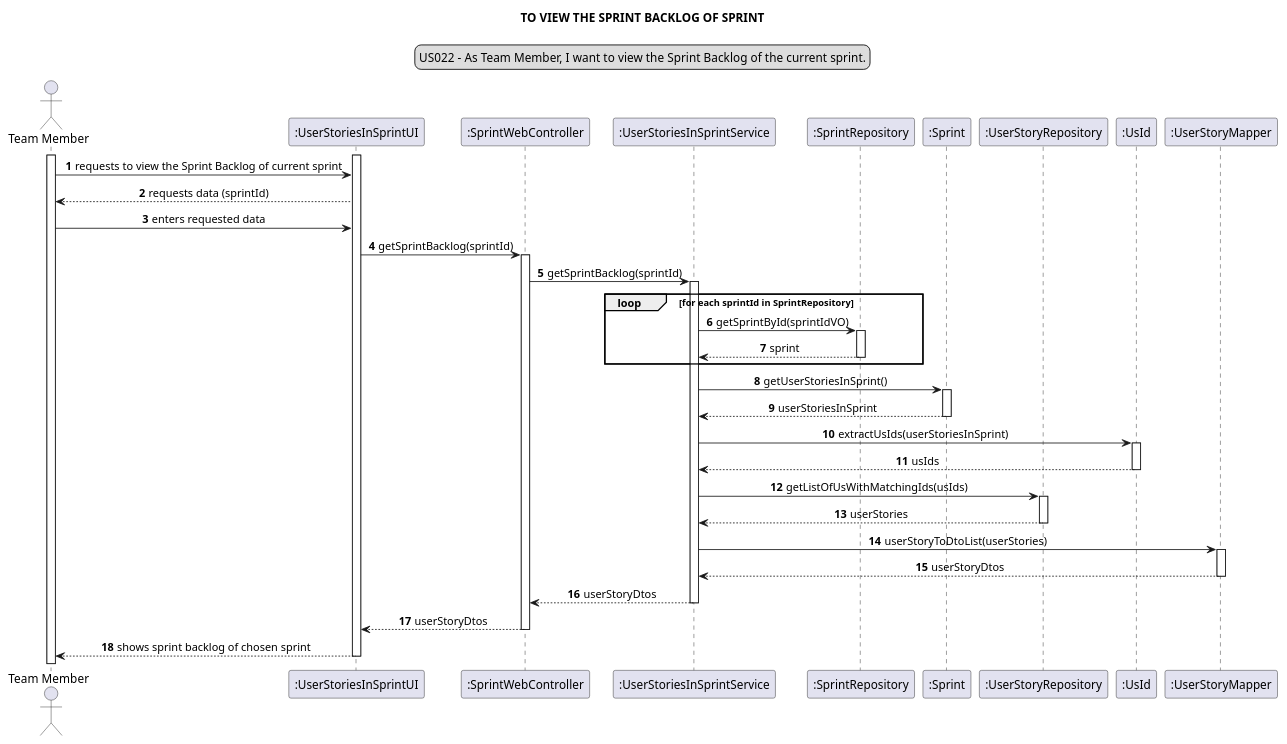
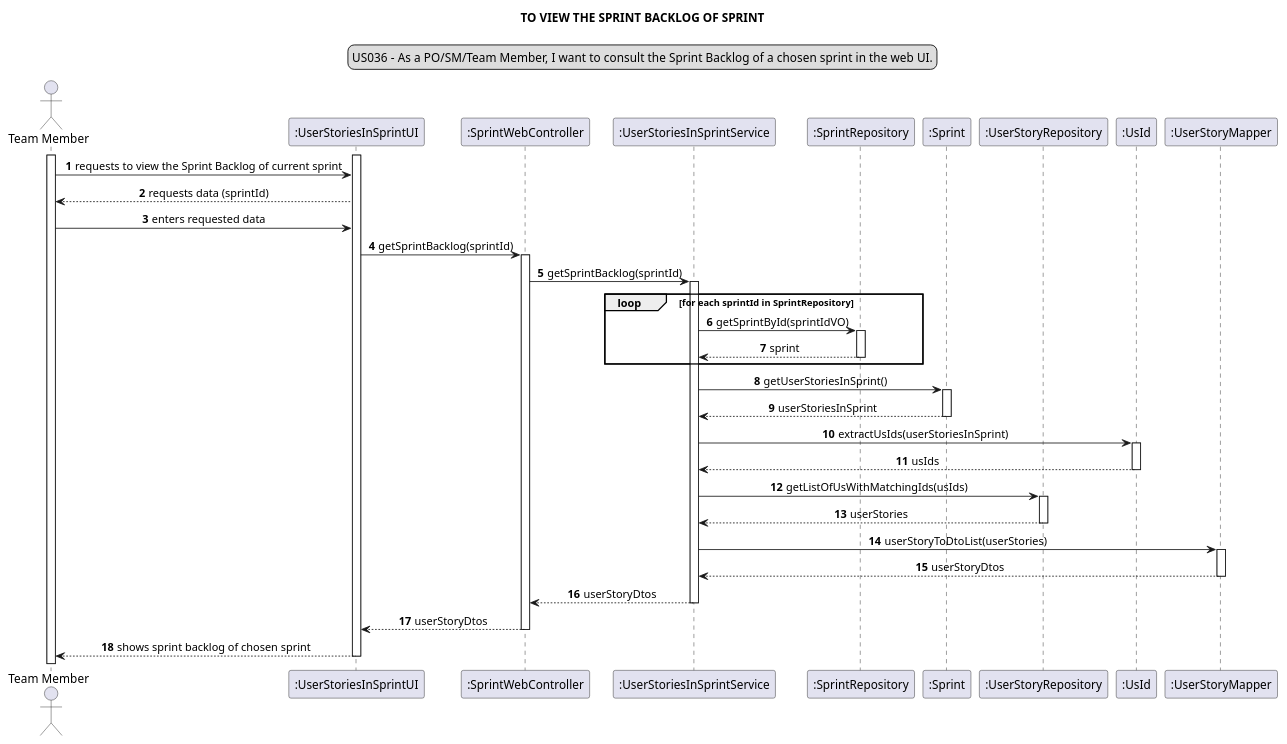
One commit to Loracline/project_switch_22-23 changed the diagram in docs/modelling_design/user_stories/sprint07/US036/US036_sequenceDiagram_ddd.puml. Above: the diagram before and after it, drawn with PlantUML. The commit also changed 1 other file, not shown here.

Commit message:
US 36 : Creation of US036_classDiagram_JPA.puml and update of US036_sequenceDiagram_ddd.puml and US036_classDiagram_ddd.puml closes #711

```diff
--- a/docs/modelling_design/user_stories/sprint07/US036/US036_sequenceDiagram_ddd.puml
+++ b/docs/modelling_design/user_stories/sprint07/US036/US036_sequenceDiagram_ddd.puml
@@ -1,61 +1,61 @@
 @startuml
 skinparam sequenceMessageAlign center
 title TO VIEW THE SPRINT BACKLOG OF SPRINT
 legend top
-US022 - As Team Member, I want to view the Sprint Backlog of the current sprint.
+US036 -  As a PO/SM/Team Member, I want to consult the Sprint Backlog of a chosen sprint in the web UI.
 end legend
 autonumber
 actor "Team Member" as member
 participant ":UserStoriesInSprintUI" as ui
 participant ":SprintWebController" as controller
 participant ":UserStoriesInSprintService" as service
 participant ":SprintRepository" as repository
 participant ":Sprint" as sprint
 
 participant ":UserStoryRepository" as usRepository
 participant ":UsId" as usId
 participant ":UserStoryMapper" as mapper
 
 activate member
 activate ui
 member -> ui : requests to view the Sprint Backlog of current sprint
 
 ui --> member : requests data (sprintId)
 member -> ui : enters requested data
 
 "ui" -> controller : getSprintBacklog(sprintId)
 activate controller
 "controller" -> service : getSprintBacklog(sprintId)
 activate service
 
 loop for each sprintId in SprintRepository
 service -> repository: getSprintById(sprintIdVO)
 activate repository
 repository --> service: sprint
 deactivate repository
 end loop
 service -> sprint: getUserStoriesInSprint()
 activate sprint
 sprint --> service: userStoriesInSprint
 deactivate sprint
 service -> usId: extractUsIds(userStoriesInSprint)
 activate usId
 usId --> service: usIds
 deactivate usId
 deactivate repository
 service -> usRepository: getListOfUsWithMatchingIds(usIds)
 activate usRepository
 usRepository --> service: userStories
 deactivate usRepository
 service -> mapper: userStoryToDtoList(userStories)
 activate mapper
 mapper --> service : userStoryDtos
 deactivate mapper
 service --> controller: userStoryDtos
 deactivate service
 controller --> ui : userStoryDtos
 deactivate controller
 ui --> member : shows sprint backlog of chosen sprint
 deactivate ui
 
 @enduml
```
